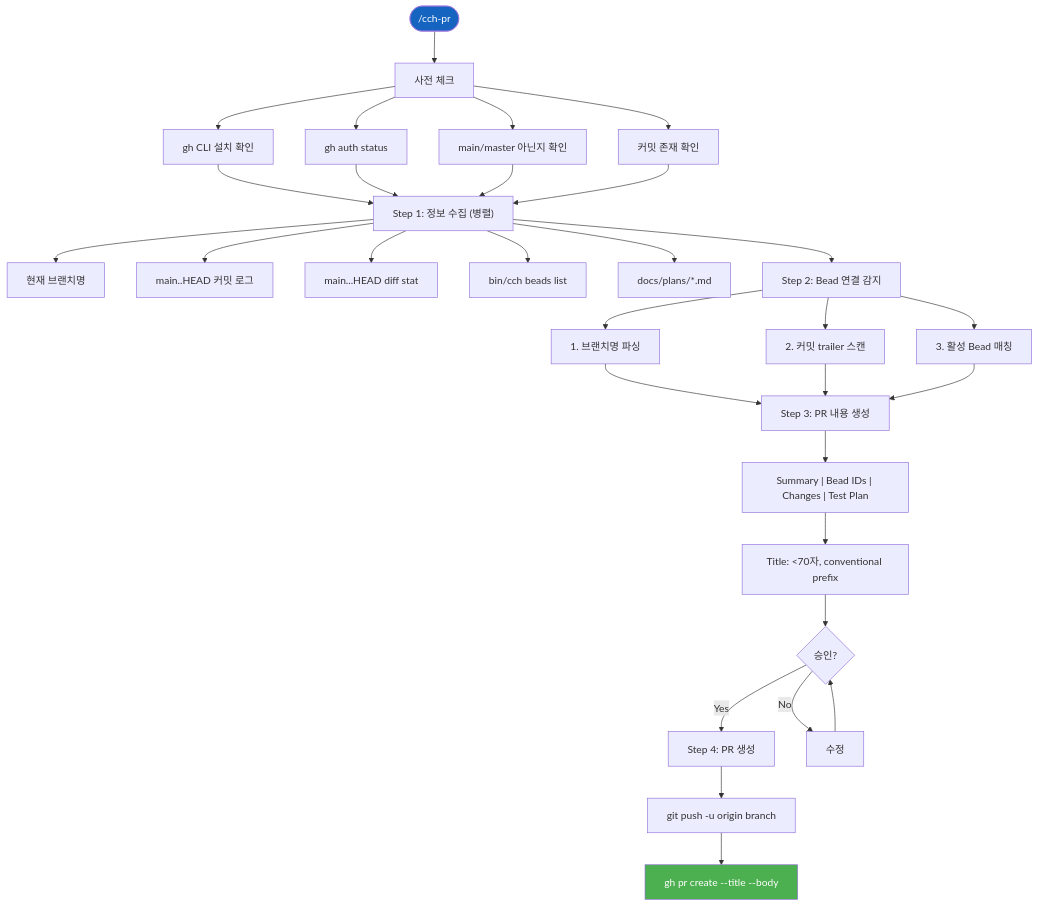
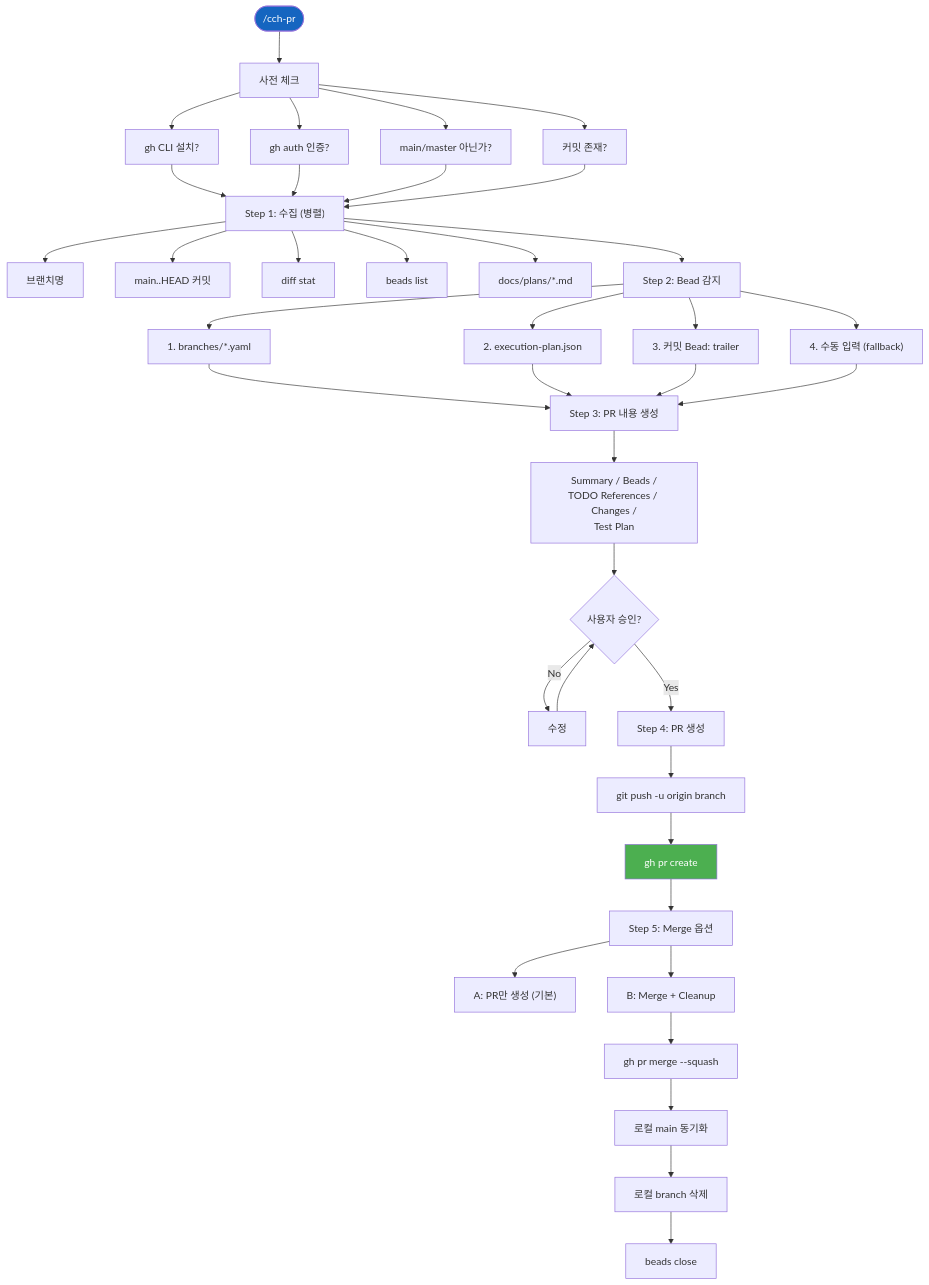
The tenth of 18 diagrams in docs/diagrams/cch-workflows.md (skdkfk8758/claude-code-harness), drawn with Mermaid before and after one commit. The commit also changed other lines of this file and 10 other files, not shown here.

Commit message:
docs: add plan documents and diagrams from current session

````diff
--- a/docs/diagrams/cch-workflows.md
+++ b/docs/diagrams/cch-workflows.md
@@ -388,35 +480,43 @@
 ```mermaid
 flowchart TD
-    START(["/cch-pr"]) --> PRECHECK["사전 체크"]
-    PRECHECK --> P1["gh CLI 설치 확인"]
-    PRECHECK --> P2["gh auth status"]
-    PRECHECK --> P3["main/master 아닌지 확인"]
-    PRECHECK --> P4["커밋 존재 확인"]
+    START(["/cch-pr"]) --> PRE["사전 체크"]
+    PRE --> P1["gh CLI 설치?"]
+    PRE --> P2["gh auth 인증?"]
+    PRE --> P3["main/master 아닌가?"]
+    PRE --> P4["커밋 존재?"]
 
-    P1 & P2 & P3 & P4 --> COLLECT["Step 1: 정보 수집 (병렬)"]
-    COLLECT --> BRANCH["현재 브랜치명"]
-    COLLECT --> COMMITS["main..HEAD 커밋 로그"]
-    COLLECT --> DIFF_STAT["main...HEAD diff stat"]
-    COLLECT --> BEADS_LIST["bin/cch beads list"]
+    P1 & P2 & P3 & P4 --> COLLECT["Step 1: 수집 (병렬)"]
+    COLLECT --> BRANCH["브랜치명"]
+    COLLECT --> COMMITS["main..HEAD 커밋"]
+    COLLECT --> STAT["diff stat"]
+    COLLECT --> BEADS_LIST["beads list"]
     COLLECT --> PLANS["docs/plans/*.md"]
 
-    COLLECT --> DETECT["Step 2: Bead 연결 감지"]
-    DETECT --> D1["1. 브랜치명 파싱"]
-    DETECT --> D2["2. 커밋 trailer 스캔"]
-    DETECT --> D3["3. 활성 Bead 매칭"]
+    COLLECT --> BEAD_DETECT["Step 2: Bead 감지"]
+    BEAD_DETECT --> BD1["1. branches/*.yaml"]
+    BEAD_DETECT --> BD2["2. execution-plan.json"]
+    BEAD_DETECT --> BD3["3. 커밋 Bead: trailer"]
+    BEAD_DETECT --> BD4["4. 수동 입력 (fallback)"]
 
-    D1 & D2 & D3 --> GENERATE["Step 3: PR 내용 생성"]
-    GENERATE --> SECTIONS["Summary | Bead IDs | Changes | Test Plan"]
-    SECTIONS --> TITLE["Title: <70자, conventional prefix"]
-
-    TITLE --> APPROVE{"승인?"}
-    APPROVE -->|Yes| CREATE_PR["Step 4: PR 생성"]
+    BD1 & BD2 & BD3 & BD4 --> GENERATE["Step 3: PR 내용 생성"]
+    GENERATE --> BODY["Summary / Beads /<br/>TODO References / Changes /<br/>Test Plan"]
+    BODY --> APPROVE{"사용자 승인?"}
     APPROVE -->|No| REVISE["수정"]
     REVISE --> APPROVE
+    APPROVE -->|Yes| CREATE["Step 4: PR 생성"]
 
-    CREATE_PR --> PUSH["git push -u origin branch"]
-    PUSH --> GH_PR["gh pr create --title --body"]
+    CREATE --> PUSH["git push -u origin branch"]
+    PUSH --> GH["gh pr create"]
+
+    GH --> OPTION["Step 5: Merge 옵션"]
+    OPTION --> OPT_A["A: PR만 생성 (기본)"]
+    OPTION --> OPT_B["B: Merge + Cleanup"]
+
+    OPT_B --> MERGE["gh pr merge --squash"]
+    MERGE --> SYNC["로컬 main 동기화"]
+    SYNC --> DEL["로컬 branch 삭제"]
+    DEL --> BEAD_CLOSE["beads close"]
 
     style START fill:#1565C0,color:white
-    style GH_PR fill:#4CAF50,color:white
+    style GH fill:#4CAF50,color:white
 ```
````
